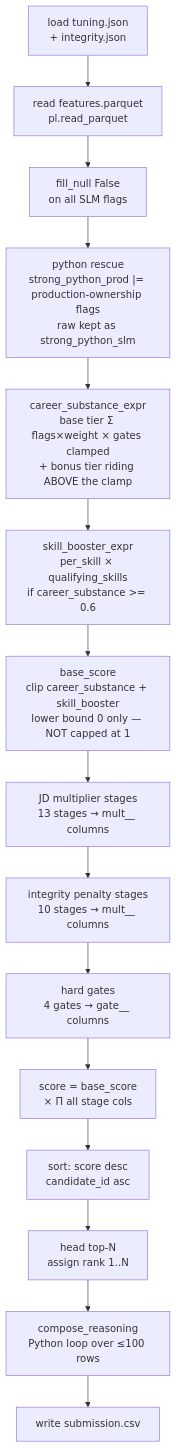
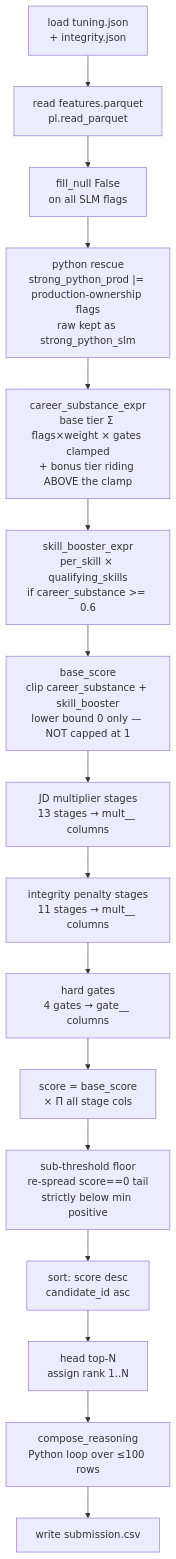
Before and after one commit to ankitkr-04/candidate-ranker-v2: the diagram in docs/ranker.md, drawn with Mermaid. The commit also changed other lines of this file and 1 other file, not shown here.

Commit message:
Add sub-threshold floor mechanism to scoring policy for improved candidate ranking

````diff
--- a/docs/ranker.md
+++ b/docs/ranker.md
@@ -48,17 +48,18 @@
 ```mermaid
 flowchart TD
     A[load tuning.json<br>+ integrity.json] --> B[read features.parquet<br>pl.read_parquet]
     B --> C[fill_null False<br>on all SLM flags]
     C --> C2["python rescue<br>strong_python_prod |= production-ownership flags<br>raw kept as strong_python_slm"]
     C2 --> D[career_substance_expr<br>base tier Σ flags×weight × gates clamped<br>+ bonus tier riding ABOVE the clamp]
     D --> E[skill_booster_expr<br>per_skill × qualifying_skills<br>if career_substance >= 0.6]
     E --> F[base_score<br>clip career_substance + skill_booster<br>lower bound 0 only — NOT capped at 1]
     F --> G[JD multiplier stages<br>13 stages → mult__<id> columns]
-    G --> H[integrity penalty stages<br>10 stages → mult__<id> columns]
+    G --> H[integrity penalty stages<br>11 stages → mult__<id> columns]
     H --> I[hard gates<br>4 gates → gate__<id> columns]
     I --> J[score = base_score<br>× Π all stage cols]
-    J --> M[sort: score desc<br>candidate_id asc]
+    J --> K[sub-threshold floor<br>re-spread score==0 tail<br>strictly below min positive]
+    K --> M[sort: score desc<br>candidate_id asc]
     M --> N[head top-N<br>assign rank 1..N]
     N --> O[compose_reasoning<br>Python loop over ≤100 rows]
     O --> P[write submission.csv]
 ```
````
